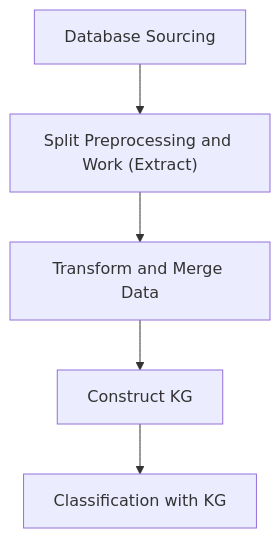
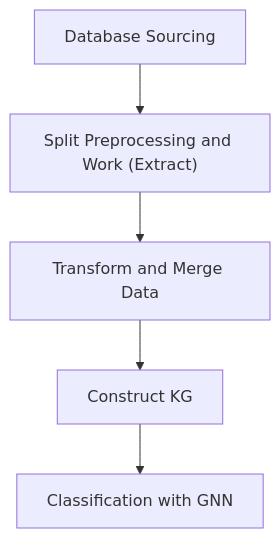
The diagram in README.md (collaborativebioinformatics/Proteomic_Genomic_Cancer_KG), drawn with Mermaid before and after one commit.

Commit message:
Update classification step to use GNN instead of KG

````diff
--- a/README.md
+++ b/README.md
@@ -7,7 +7,7 @@
 ```mermaid
 graph TD;
   A["Database Sourcing"]-->B["Split Preprocessing and Work (Extract)"];
   B-->C["Transform and Merge Data"];
   C-->D["Construct KG"];
-  D-->E["Classification with KG"]
+  D-->E["Classification with GNN"]
 ```
````
